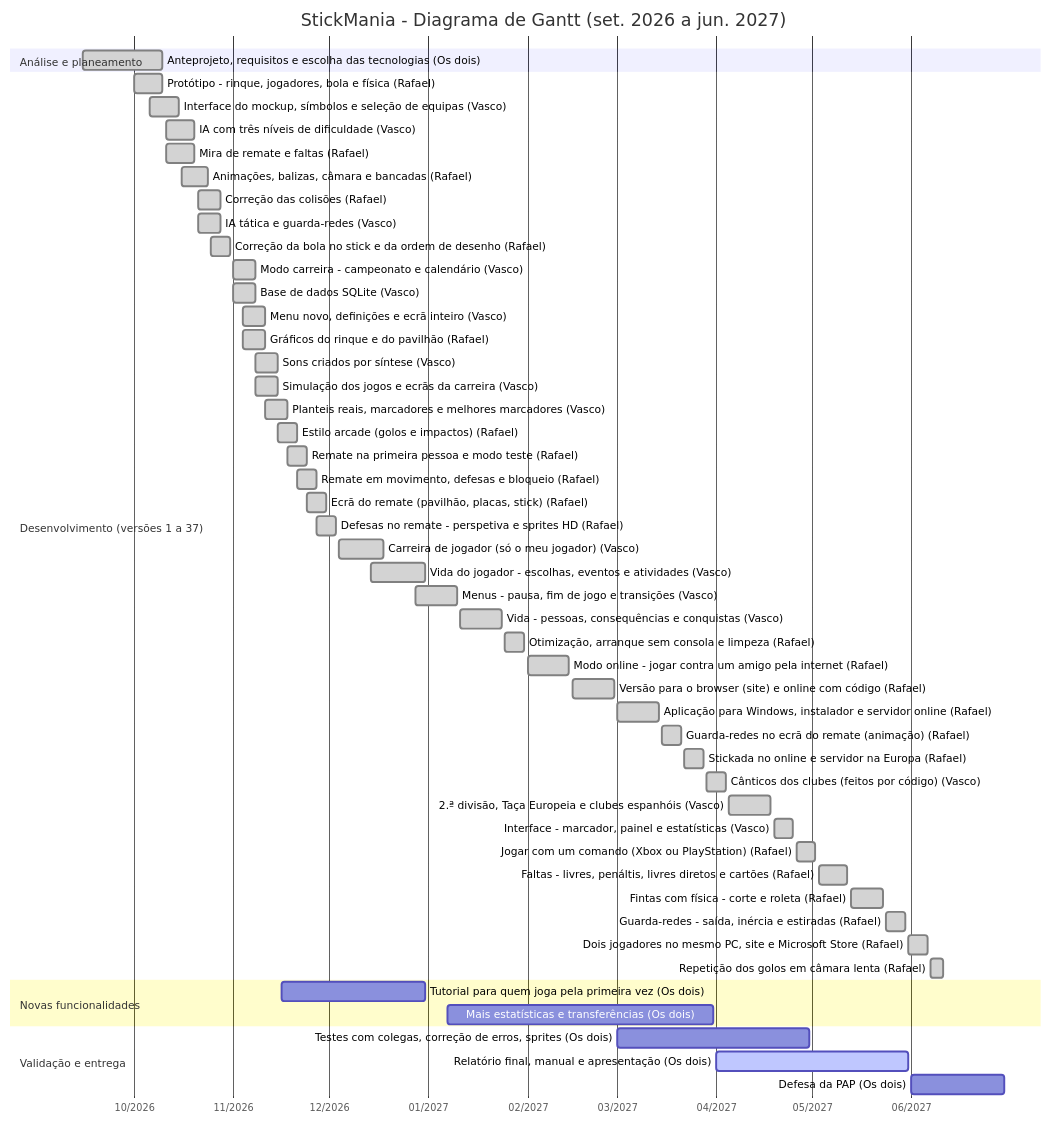
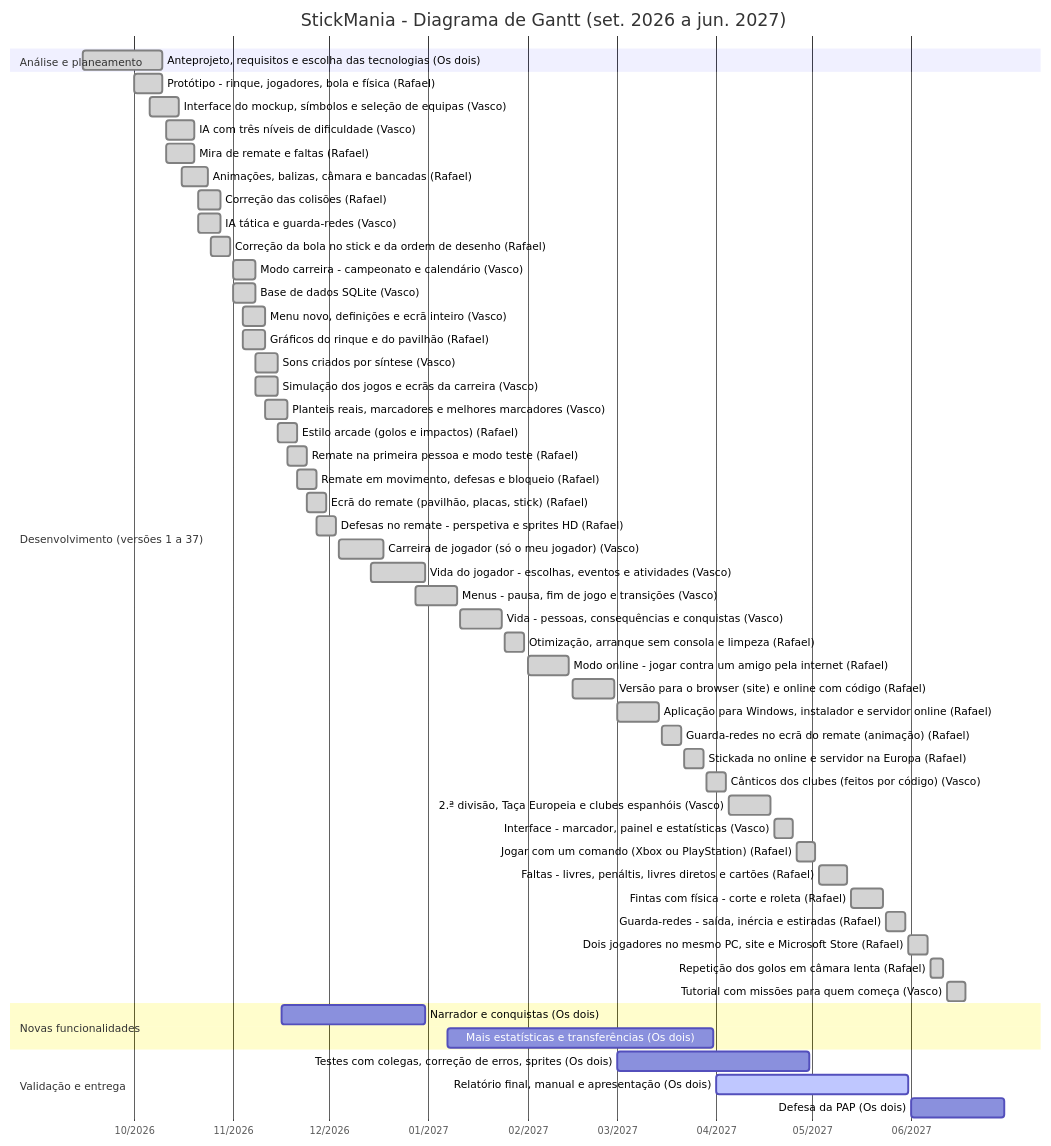
Before and after one commit to RafaelSilveira23/Stickmaniapap: the diagram in docs/GANTT.md, drawn with Mermaid. The commit also changed other lines of this file and 17 other files, not shown here.

Commit message:
v40: tutorial com missoes para quem joga pela primeira vez

````diff
--- a/docs/GANTT.md
+++ b/docs/GANTT.md
@@ -13,57 +13,58 @@
 ```mermaid
 gantt
     title StickMania - Diagrama de Gantt (set. 2026 a jun. 2027)
     dateFormat YYYY-MM-DD
     axisFormat %m/%Y
     tickInterval 1month
     todayMarker off
     section Análise e planeamento
     Anteprojeto, requisitos e escolha das tecnologias (Os dois) :done, t1, 2026-09-15, 2026-10-10
     section Desenvolvimento (versões 1 a 37)
     Protótipo - rinque, jogadores, bola e física (Rafael) :done, t2, 2026-10-01, 2026-10-10
     Interface do mockup, símbolos e seleção de equipas (Vasco) :done, t3, 2026-10-06, 2026-10-15
     IA com três níveis de dificuldade (Vasco) :done, t4, 2026-10-11, 2026-10-20
     Mira de remate e faltas (Rafael) :done, t5, 2026-10-11, 2026-10-20
     Animações, balizas, câmara e bancadas (Rafael) :done, t6, 2026-10-16, 2026-10-24
     Correção das colisões (Rafael) :done, t7, 2026-10-21, 2026-10-28
     IA tática e guarda-redes (Vasco) :done, t8, 2026-10-21, 2026-10-28
     Correção da bola no stick e da ordem de desenho (Rafael) :done, t9, 2026-10-25, 2026-10-31
     Modo carreira - campeonato e calendário (Vasco) :done, t10, 2026-11-01, 2026-11-08
     Base de dados SQLite (Vasco) :done, t11, 2026-11-01, 2026-11-08
     Menu novo, definições e ecrã inteiro (Vasco) :done, t12, 2026-11-04, 2026-11-11
     Gráficos do rinque e do pavilhão (Rafael) :done, t13, 2026-11-04, 2026-11-11
     Sons criados por síntese (Vasco) :done, t14, 2026-11-08, 2026-11-15
     Simulação dos jogos e ecrãs da carreira (Vasco) :done, t15, 2026-11-08, 2026-11-15
     Planteis reais, marcadores e melhores marcadores (Vasco) :done, t16, 2026-11-11, 2026-11-18
     Estilo arcade (golos e impactos) (Rafael) :done, t17, 2026-11-15, 2026-11-21
     Remate na primeira pessoa e modo teste (Rafael) :done, t18, 2026-11-18, 2026-11-24
     Remate em movimento, defesas e bloqueio (Rafael) :done, t19, 2026-11-21, 2026-11-27
     Ecrã do remate (pavilhão, placas, stick) (Rafael) :done, t20, 2026-11-24, 2026-11-30
     Defesas no remate - perspetiva e sprites HD (Rafael) :done, t21, 2026-11-27, 2026-12-03
     Carreira de jogador (só o meu jogador) (Vasco) :done, t22, 2026-12-04, 2026-12-18
     Vida do jogador - escolhas, eventos e atividades (Vasco) :done, t23, 2026-12-14, 2026-12-31
     Menus - pausa, fim de jogo e transições (Vasco) :done, t24, 2026-12-28, 2027-01-10
     Vida - pessoas, consequências e conquistas (Vasco) :done, t25, 2027-01-11, 2027-01-24
     Otimização, arranque sem consola e limpeza (Rafael) :done, t26, 2027-01-25, 2027-01-31
     Modo online - jogar contra um amigo pela internet (Rafael) :done, t27, 2027-02-01, 2027-02-14
     Versão para o browser (site) e online com código (Rafael) :done, t28, 2027-02-15, 2027-02-28
     Aplicação para Windows, instalador e servidor online (Rafael) :done, t29, 2027-03-01, 2027-03-14
     Guarda-redes no ecrã do remate (animação) (Rafael) :done, t30, 2027-03-15, 2027-03-21
     Stickada no online e servidor na Europa (Rafael) :done, t31, 2027-03-22, 2027-03-28
     Cânticos dos clubes (feitos por código) (Vasco) :done, t32, 2027-03-29, 2027-04-04
     2.ª divisão, Taça Europeia e clubes espanhóis (Vasco) :done, t33, 2027-04-05, 2027-04-18
     Interface - marcador, painel e estatísticas (Vasco) :done, t34, 2027-04-19, 2027-04-25
     Jogar com um comando (Xbox ou PlayStation) (Rafael) :done, t35, 2027-04-26, 2027-05-02
     Faltas - livres, penáltis, livres diretos e cartões (Rafael) :done, t36, 2027-05-03, 2027-05-12
     Fintas com física - corte e roleta (Rafael) :done, t37, 2027-05-13, 2027-05-23
     Guarda-redes - saída, inércia e estiradas (Rafael) :done, t38, 2027-05-24, 2027-05-30
     Dois jogadores no mesmo PC, site e Microsoft Store (Rafael) :done, t39, 2027-05-31, 2027-06-06
     Repetição dos golos em câmara lenta (Rafael) :done, t40, 2027-06-07, 2027-06-11
+    Tutorial com missões para quem começa (Vasco) :done, t41, 2027-06-12, 2027-06-18
     section Novas funcionalidades
-    Tutorial para quem joga pela primeira vez (Os dois) :t41, 2026-11-16, 2026-12-31
-    Mais estatísticas e transferências (Os dois) :t42, 2027-01-07, 2027-03-31
+    Narrador e conquistas (Os dois) :t42, 2026-11-16, 2026-12-31
+    Mais estatísticas e transferências (Os dois) :t43, 2027-01-07, 2027-03-31
     section Validação e entrega
-    Testes com colegas, correção de erros, sprites (Os dois) :t43, 2027-03-01, 2027-04-30
-    Relatório final, manual e apresentação (Os dois) :active, t44, 2027-04-01, 2027-05-31
-    Defesa da PAP (Os dois) :t45, 2027-06-01, 2027-06-30
+    Testes com colegas, correção de erros, sprites (Os dois) :t44, 2027-03-01, 2027-04-30
+    Relatório final, manual e apresentação (Os dois) :active, t45, 2027-04-01, 2027-05-31
+    Defesa da PAP (Os dois) :t46, 2027-06-01, 2027-06-30
 ```
````
